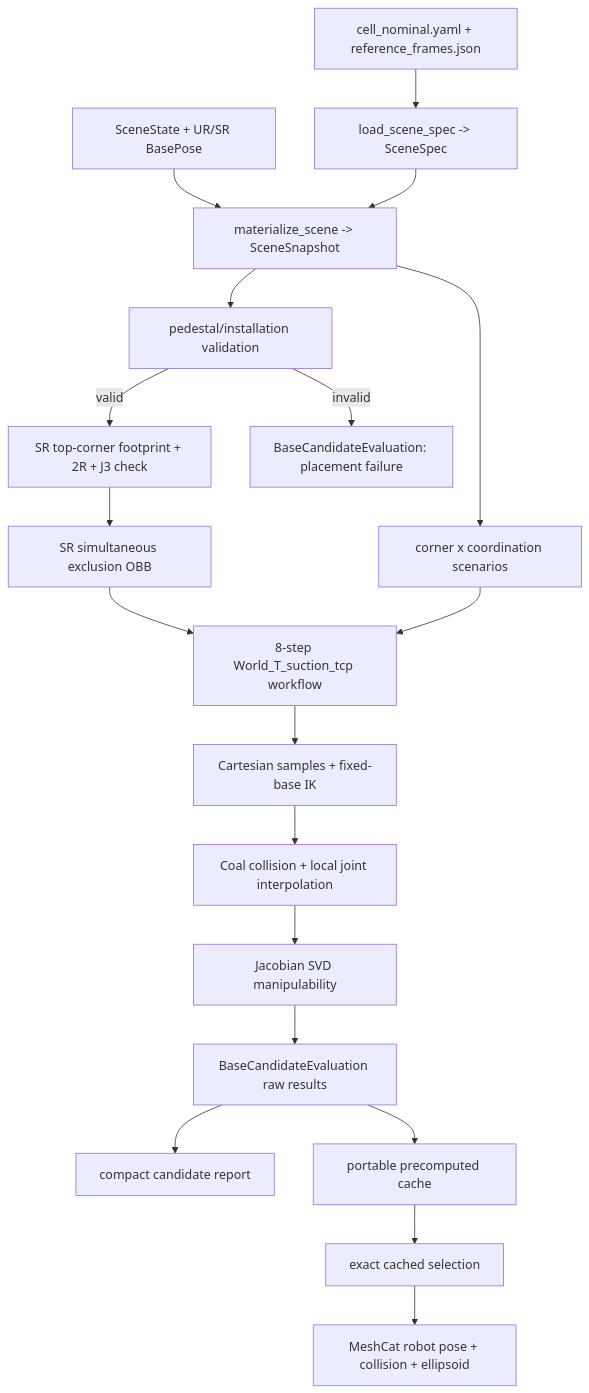
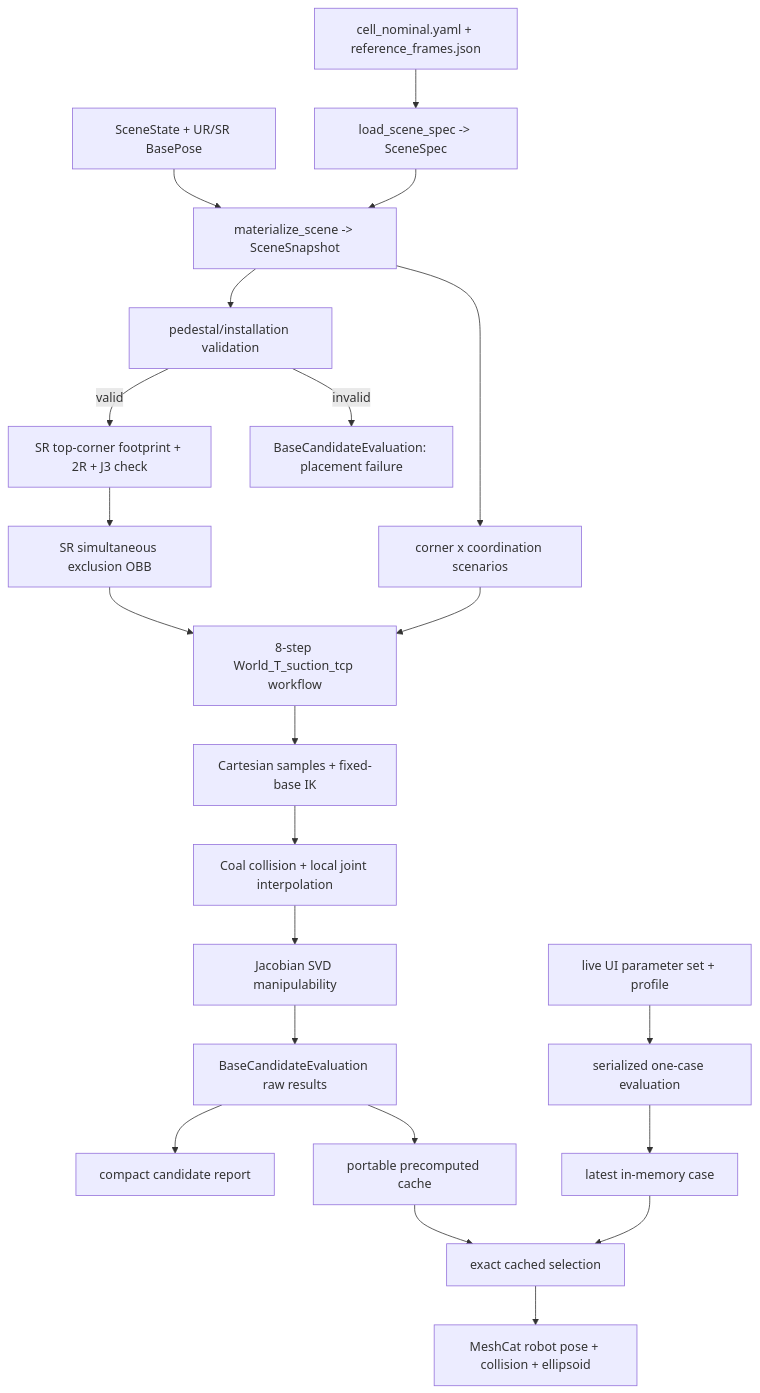
Before and after one commit to hoon001218/Pinocchio_based_workspace_optimization: the diagram in docs/ARCHITECTURE.md, drawn with Mermaid. The commit also changed other lines of this file and 18 other files, not shown here.

````diff
--- a/docs/ARCHITECTURE.md
+++ b/docs/ARCHITECTURE.md
@@ -103,21 +113,24 @@
 ```mermaid
 flowchart TD
     A["cell_nominal.yaml + reference_frames.json"] --> B["load_scene_spec -> SceneSpec"]
     G["SceneState + UR/SR BasePose"] --> C["materialize_scene -> SceneSnapshot"]
     B --> C
     C --> D["pedestal/installation validation"]
     D -->|valid| E["SR top-corner footprint + 2R + J3 check"]
     D -->|invalid| R["BaseCandidateEvaluation: placement failure"]
     E --> F["SR simultaneous exclusion OBB"]
     C --> H["corner x coordination scenarios"]
     F --> I["8-step World_T_suction_tcp workflow"]
     H --> I
     I --> J["Cartesian samples + fixed-base IK"]
     J --> K["Coal collision + local joint interpolation"]
     K --> L["Jacobian SVD manipulability"]
     L --> M["BaseCandidateEvaluation raw results"]
     M --> N["compact candidate report"]
     M --> O["portable precomputed cache"]
     O --> P["exact cached selection"]
     P --> Q["MeshCat robot pose + collision + ellipsoid"]
+    U["live UI parameter set + profile"] --> V["serialized one-case evaluation"]
+    V --> W["latest in-memory case"]
+    W --> P
 ```
````
